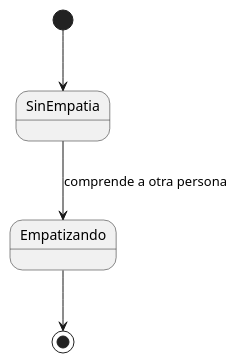
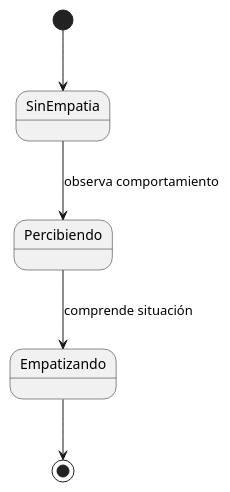
Before and after one commit to vanepakk/26-27-idsw1: the diagram in entregas/pakVanessa/empatia_estados.puml, drawn with PlantUML. The commit also changed 2 other files, not shown here.

```diff
--- a/entregas/pakVanessa/empatia_estados.puml
+++ b/entregas/pakVanessa/empatia_estados.puml
@@ -1,9 +1,10 @@
 @startuml
 
 [*] --> SinEmpatia
 
-SinEmpatia --> Empatizando : comprende a otra persona
+SinEmpatia --> Percibiendo : observa comportamiento
+Percibiendo --> Empatizando : comprende situación
 
 Empatizando --> [*]
 
 @enduml
```
